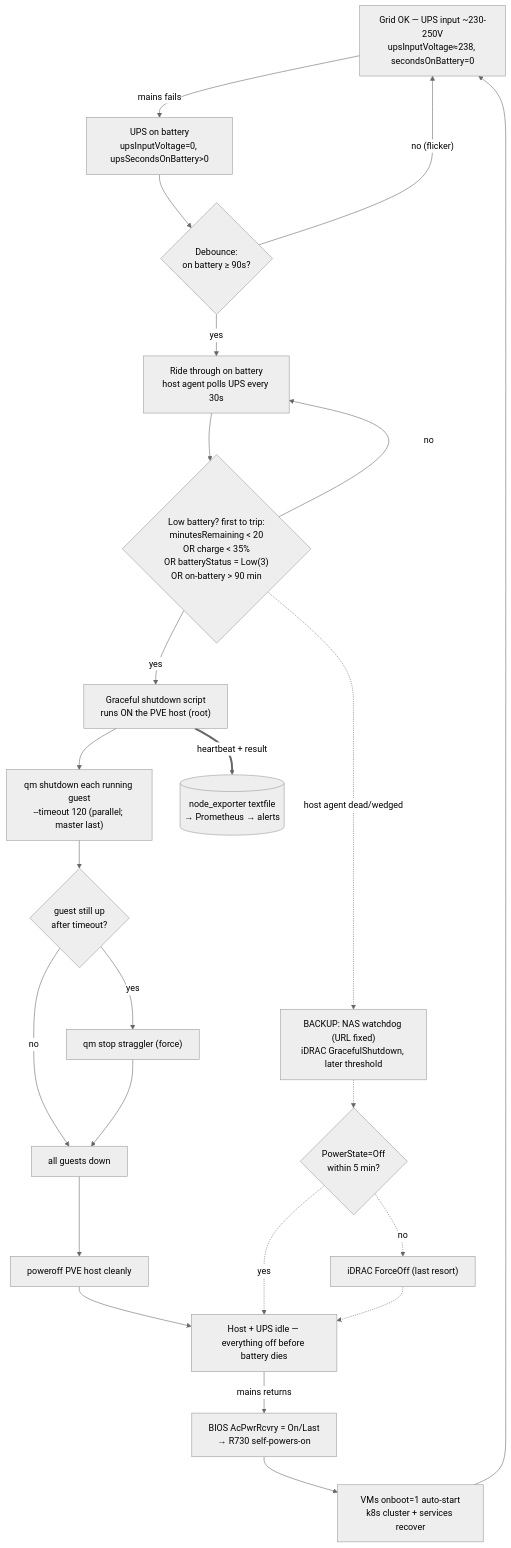
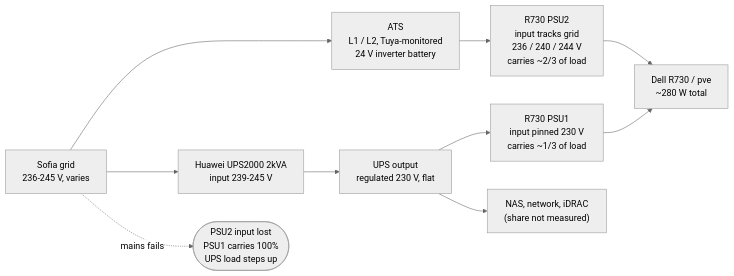
Before and after one commit to ViktorBarzin/infra: the first of 2 diagrams in docs/plans/2026-07-18-graceful-shutdown-on-power-loss.md, drawn with Mermaid (neutral theme). The commit also changed other lines of this file and 1 other file, not shown here.

````diff
--- a/docs/plans/2026-07-18-graceful-shutdown-on-power-loss.md
+++ b/docs/plans/2026-07-18-graceful-shutdown-on-power-loss.md
@@ -127,28 +110,13 @@
 ```mermaid
-flowchart TD
-    A["Grid OK — UPS input ~230-250V<br/>upsInputVoltage≈238, secondsOnBattery=0"] -->|mains fails| B["UPS on battery<br/>upsInputVoltage=0, upsSecondsOnBattery&gt;0"]
-    B --> C{"Debounce:<br/>on battery ≥ 90s?"}
-    C -->|"no (flicker)"| A
-    C -->|yes| D["Ride through on battery<br/>host agent polls UPS every 30s"]
-    D --> E{"Low battery? first to trip:<br/>minutesRemaining &lt; 20<br/>OR charge &lt; 35%<br/>OR batteryStatus = Low(3)<br/>OR on-battery &gt; 90 min"}
-    E -->|no| D
-    E -->|yes| F["Graceful shutdown script<br/>runs ON the PVE host (root)"]
-    F --> G["qm shutdown each running guest<br/>--timeout 120 (parallel; master last)"]
-    G --> H{"guest still up<br/>after timeout?"}
-    H -->|yes| I["qm stop straggler (force)"]
-    H -->|no| J["all guests down"]
-    I --> J
-    J --> K["poweroff PVE host cleanly"]
-    K --> L["Host + UPS idle — everything off before battery dies"]
-    L -->|mains returns| M["BIOS AcPwrRcvry = On/Last<br/>→ R730 self-powers-on"]
-    M --> N["VMs onboot=1 auto-start<br/>k8s cluster + services recover"]
-    N --> A
+flowchart LR
+    GRID["Sofia grid<br/>236-245 V, varies"] --> ATS["ATS<br/>L1 / L2, Tuya-monitored<br/>24 V inverter battery"]
+    GRID --> UPSIN["Huawei UPS2000 2kVA<br/>input 239-245 V"]
+    UPSIN --> UPSOUT["UPS output<br/>regulated 230 V, flat"]
+    ATS --> PS2["R730 PSU2<br/>input tracks grid<br/>236 / 240 / 244 V<br/>carries ~2/3 of load"]
+    UPSOUT --> PS1["R730 PSU1<br/>input pinned 230 V<br/>carries ~1/3 of load"]
+    UPSOUT --> OTHER["NAS, network, iDRAC<br/>(share not measured)"]
+    PS1 --> R730["Dell R730 / pve<br/>~280 W total"]
+    PS2 --> R730
 
-    E -.->|"host agent dead/wedged"| O["BACKUP: NAS watchdog (URL fixed)<br/>iDRAC GracefulShutdown, later threshold"]
-    O -.-> P{"PowerState=Off<br/>within 5 min?"}
-    P -.->|no| Q["iDRAC ForceOff (last resort)"]
-    P -.->|yes| L
-    Q -.-> L
-
-    F ==>|heartbeat + result| R[("node_exporter textfile<br/>→ Prometheus → alerts")]
+    GRID -. "mains fails" .-> X(["PSU2 input lost<br/>PSU1 carries 100%<br/>UPS load steps up"])
 ```
````
